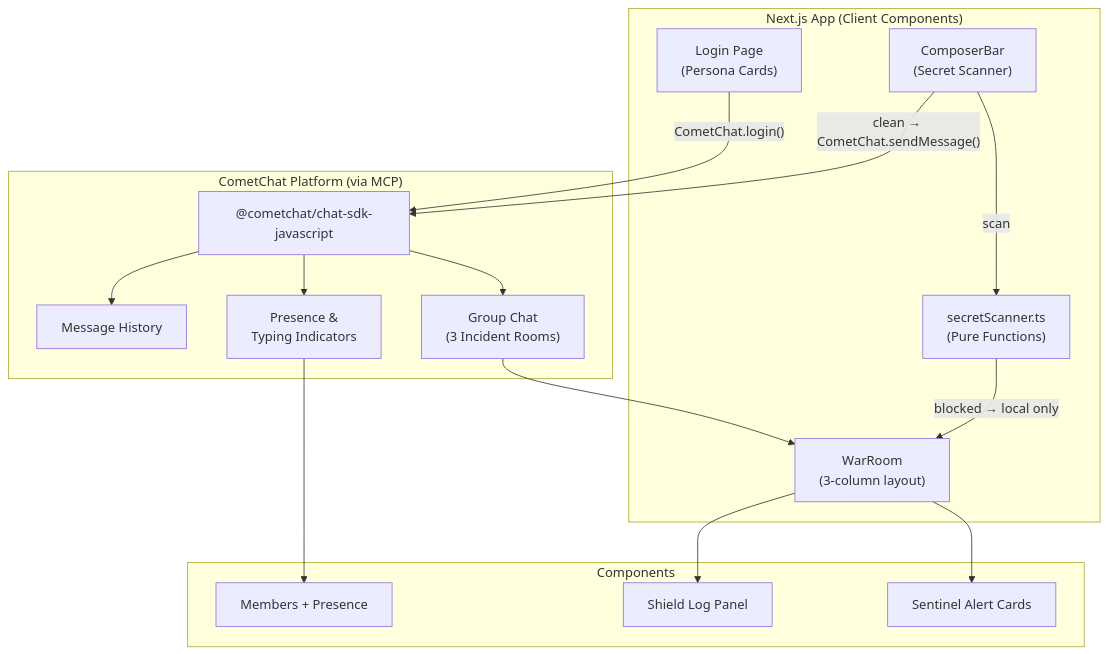
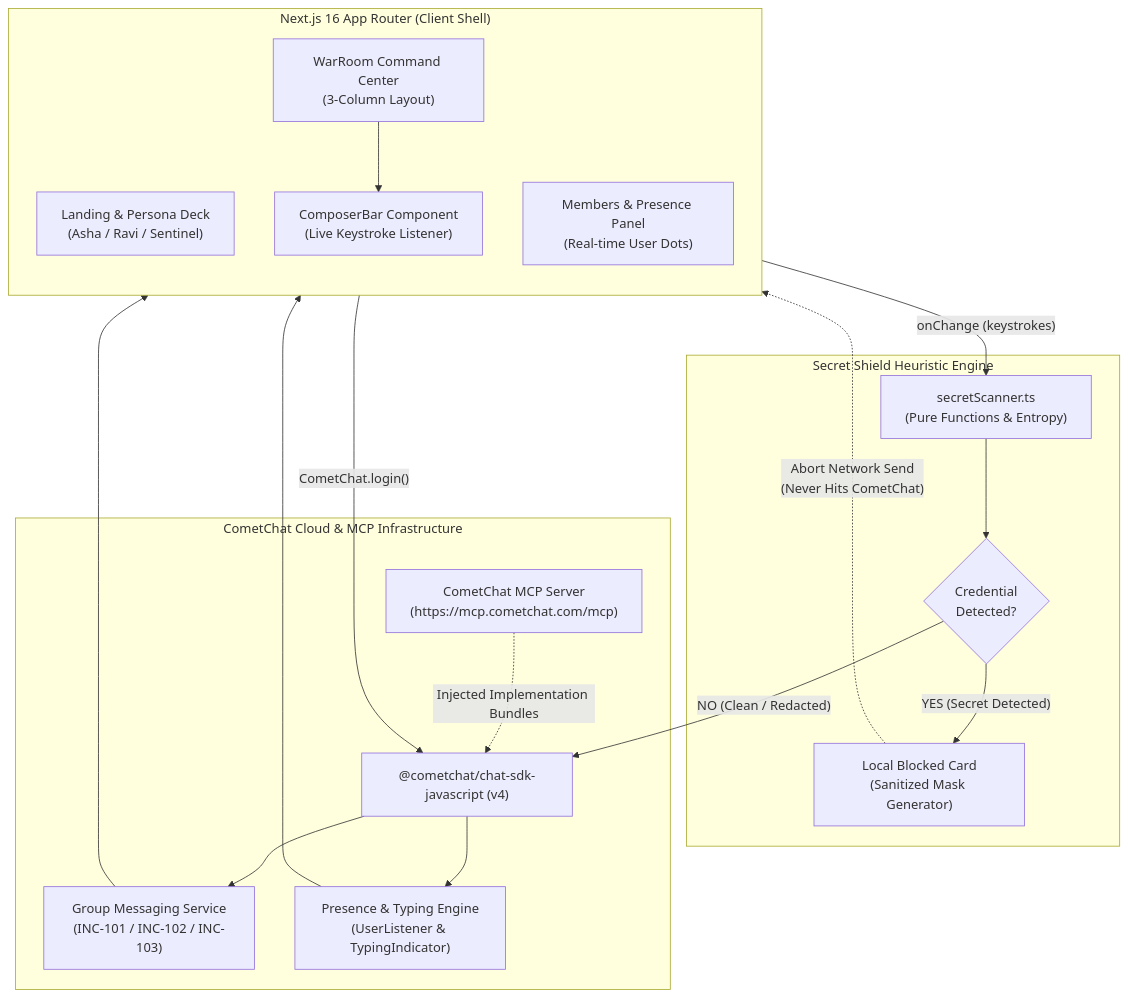
Before and after one commit to Mayank-iitj/IncidentRoom: the first of 2 diagrams in README.md, drawn with Mermaid. The commit also changed other lines of this file, not shown here.

Commit message:
docs: upgrade README with premium architecture, MCP details & judge guide

````diff
--- a/README.md
+++ b/README.md
@@ -60,34 +68,38 @@
 ```mermaid
-graph TB
-    subgraph Client["Next.js App (Client Components)"]
-        Login["Login Page\n(Persona Cards)"]
-        WarRoom["WarRoom\n(3-column layout)"]
-        Composer["ComposerBar\n(Secret Scanner)"]
-        SecretScanner["secretScanner.ts\n(Pure Functions)"]
+flowchart TB
+    subgraph ClientUI["Next.js 16 App Router (Client Shell)"]
+        direction TB
+        Landing["Landing & Persona Deck\n(Asha / Ravi / Sentinel)"]
+        WarRoom["WarRoom Command Center\n(3-Column Layout)"]
+        Composer["ComposerBar Component\n(Live Keystroke Listener)"]
+        Members["Members & Presence Panel\n(Real-time User Dots)"]
     end
 
-    subgraph CometChat["CometChat Platform (via MCP)"]
-        SDK["@cometchat/chat-sdk-javascript"]
-        Groups["Group Chat\n(3 Incident Rooms)"]
-        Presence["Presence &\nTyping Indicators"]
-        MsgHistory["Message History"]
+    subgraph SecurityShield["Secret Shield Heuristic Engine"]
+        Scanner["secretScanner.ts\n(Pure Functions & Entropy)"]
+        Filter{"Credential\nDetected?"}
+        BlockCard["Local Blocked Card\n(Sanitized Mask Generator)"]
     end
 
-    subgraph Components
-        SentinelAlert["Sentinel Alert Cards"]
-        ShieldLog["Shield Log Panel"]
-        MembersPanel["Members + Presence"]
+    subgraph CometChatPlatform["CometChat Cloud & MCP Infrastructure"]
+        SDK["@cometchat/chat-sdk-javascript (v4)"]
+        GroupMsg["Group Messaging Service\n(INC-101 / INC-102 / INC-103)"]
+        PresenceEngine["Presence & Typing Engine\n(UserListener & TypingIndicator)"]
+        MCPServer["CometChat MCP Server\n(https://mcp.cometchat.com/mcp)"]
     end
 
-    Login -->|"CometChat.login()"| SDK
-    Composer -->|scan| SecretScanner
-    SecretScanner -->|"blocked → local only"| WarRoom
-    Composer -->|"clean → CometChat.sendMessage()"| SDK
-    SDK --> Groups
-    SDK --> Presence
-    SDK --> MsgHistory
-    Groups --> WarRoom
-    Presence --> MembersPanel
-    WarRoom --> SentinelAlert
-    WarRoom --> ShieldLog
+    Landing -->|"CometChat.login()"| SDK
+    WarRoom --> Composer
+    Composer -->|"onChange (keystrokes)"| Scanner
+    Scanner --> Filter
+    
+    Filter -->|"YES (Secret Detected)"| BlockCard
+    BlockCard -.->|"Abort Network Send\n(Never Hits CometChat)"| WarRoom
+    
+    Filter -->|"NO (Clean / Redacted)"| SDK
+    SDK --> GroupMsg
+    SDK --> PresenceEngine
+    GroupMsg --> WarRoom
+    PresenceEngine --> Members
+    MCPServer -.->|"Injected Implementation Bundles"| SDK
 ```
````
